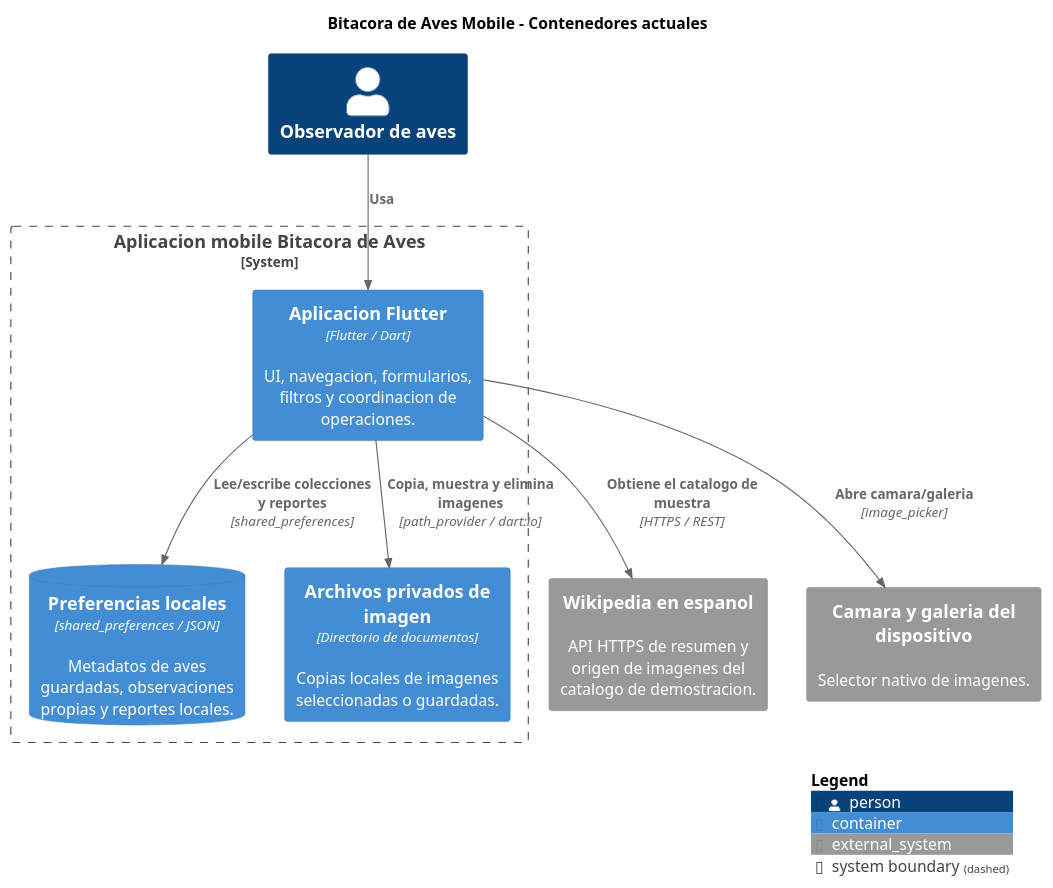
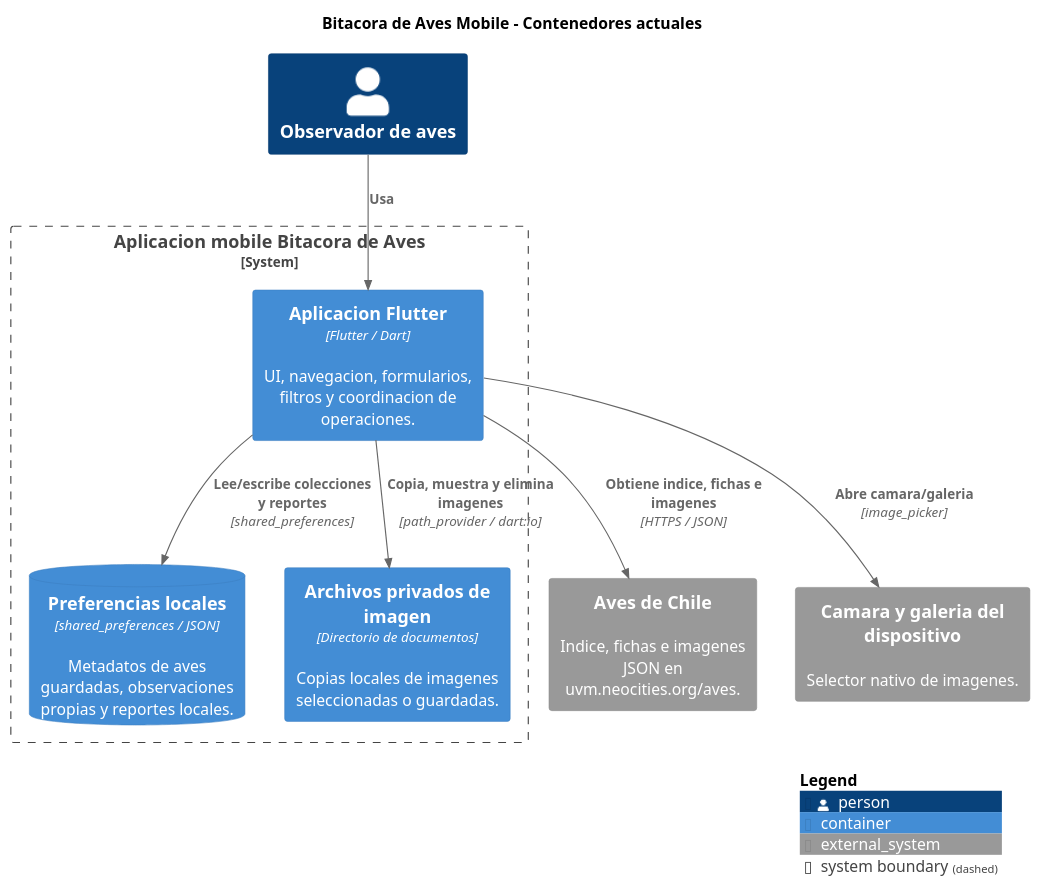
One commit to cinfuvm/2026_ProyectoAves changed the diagram in mobile/docs/modules/ROOT/partials/mobile-c4-containers.puml. Above: the diagram before and after it, drawn with PlantUML. The commit also changed 4 other files, not shown here.

Commit message:
docs(mobile): corregir referencias de Wikipedia a Aves de Chile

```diff
--- a/mobile/docs/modules/ROOT/partials/mobile-c4-containers.puml
+++ b/mobile/docs/modules/ROOT/partials/mobile-c4-containers.puml
@@ -1,23 +1,23 @@
 @startuml
 !includeurl https://raw.githubusercontent.com/plantuml-stdlib/C4-PlantUML/release/v2.12.0/C4_Container.puml
 
 title Bitacora de Aves Mobile - Contenedores actuales
 
 Person(usuario, "Observador de aves")
-System_Ext(wikipedia, "Wikipedia en espanol", "API HTTPS de resumen y origen de imagenes del catalogo de demostracion.")
+System_Ext(aveschile, "Aves de Chile", "Indice, fichas e imagenes JSON en uvm.neocities.org/aves.")
 System_Ext(so, "Camara y galeria del dispositivo", "Selector nativo de imagenes.")
 
 System_Boundary(mobile, "Aplicacion mobile Bitacora de Aves") {
   Container(app, "Aplicacion Flutter", "Flutter / Dart", "UI, navegacion, formularios, filtros y coordinacion de operaciones.")
   ContainerDb(preferencias, "Preferencias locales", "shared_preferences / JSON", "Metadatos de aves guardadas, observaciones propias y reportes locales.")
   Container(archivos, "Archivos privados de imagen", "Directorio de documentos", "Copias locales de imagenes seleccionadas o guardadas.")
 }
 
 Rel(usuario, app, "Usa")
-Rel(app, wikipedia, "Obtiene el catalogo de muestra", "HTTPS / REST")
+Rel(app, aveschile, "Obtiene indice, fichas e imagenes", "HTTPS / JSON")
 Rel(app, so, "Abre camara/galeria", "image_picker")
 Rel(app, preferencias, "Lee/escribe colecciones y reportes", "shared_preferences")
 Rel(app, archivos, "Copia, muestra y elimina imagenes", "path_provider / dart:io")
 
 SHOW_LEGEND()
 @enduml
```
